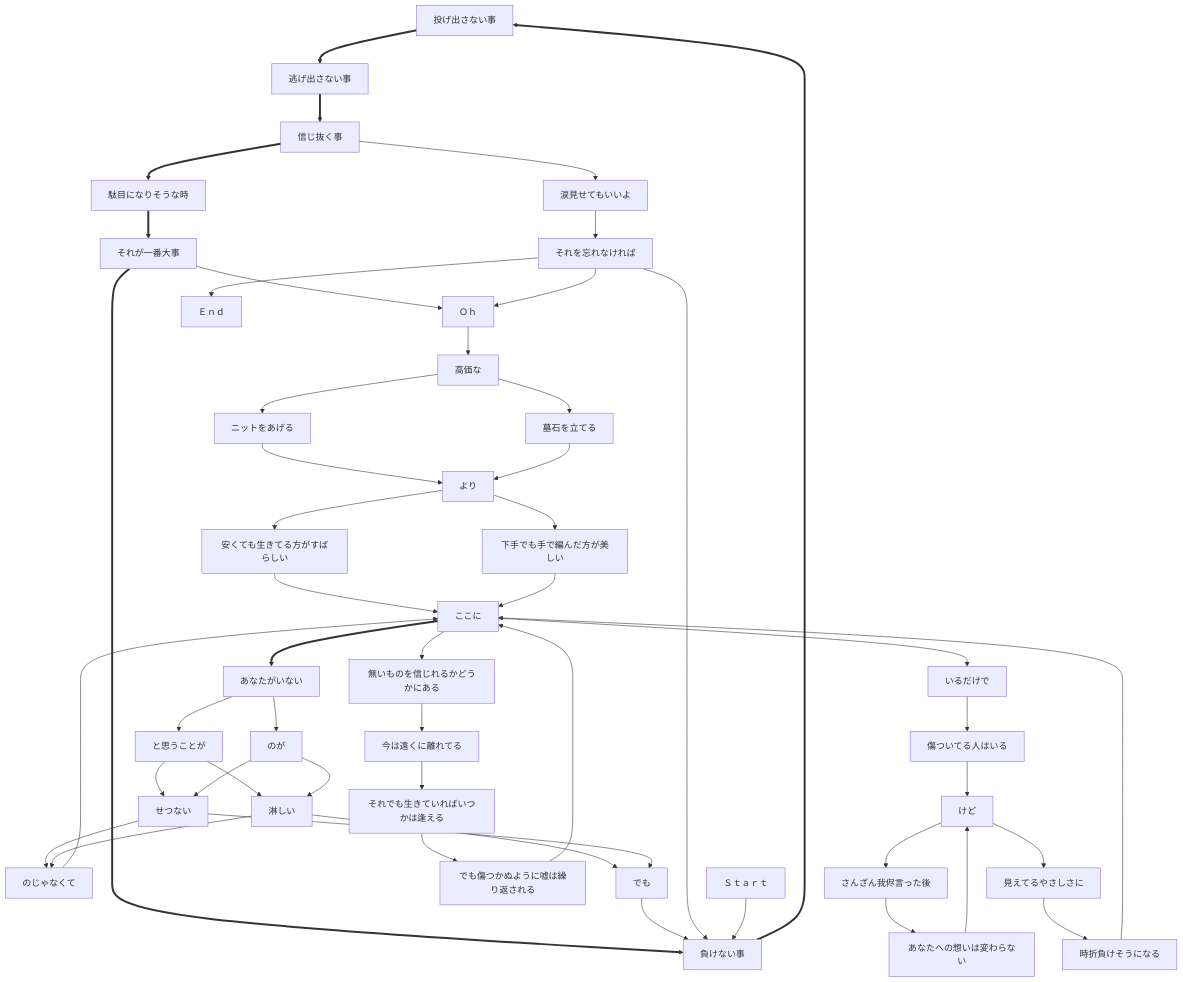
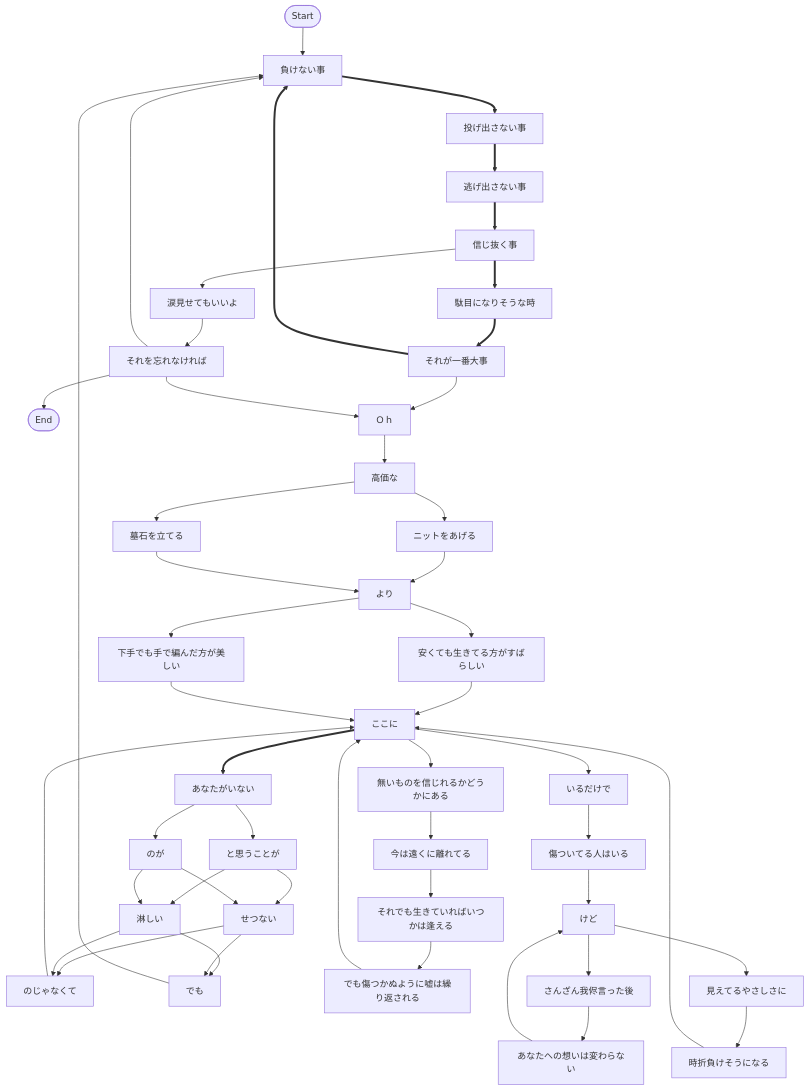
One commit to youkoseki/soregadaiji changed the diagram in soregadaiji.md. Above: the diagram before and after it, drawn with Mermaid.

````diff
--- a/soregadaiji.md
+++ b/soregadaiji.md
@@ -1,52 +1,54 @@
 ```mermaid
   graph TB
+    Start([Start])
+    End([End])
     投げ出さない事 ==> 逃げ出さない事;
     逃げ出さない事 ==> 信じ抜く事;
     負けない事 ==> 投げ出さない事;
     信じ抜く事 ==> 駄目になりそうな時;
     駄目になりそうな時 ==> それが一番大事;
     ここに ==> あなたがいない;
     それが一番大事 ==> 負けない事;
     涙見せてもいいよ --> それを忘れなければ;
     信じ抜く事 --> 涙見せてもいいよ;
     のじゃなくて --> ここに;
     あなたがいない --> のが;
     でも --> 負けない事;
     Ｏｈ --> 高価な;
     あなたがいない --> と思うことが;
     無いものを信じれるかどうかにある --> 今は遠くに離れてる;
-    それを忘れなければ --> Ｅｎｄ;
+    それを忘れなければ --> End;
     それでも生きていればいつかは逢える --> でも傷つかぬように嘘は繰り返される;
     ニットをあげる --> より;
     それが一番大事 --> Ｏｈ;
     と思うことが --> せつない;
     見えてるやさしさに --> 時折負けそうになる;
     高価な --> ニットをあげる;
     それを忘れなければ --> Ｏｈ;
     淋しい --> でも;
     と思うことが --> 淋しい;
     それを忘れなければ --> 負けない事;
     けど --> さんざん我侭言った後;
     より --> 下手でも手で編んだ方が美しい;
     より --> 安くても生きてる方がすばらしい;
     安くても生きてる方がすばらしい --> ここに;
     時折負けそうになる --> ここに;
     傷ついてる人はいる --> けど;
     せつない --> のじゃなくて;
     のが --> せつない;
     あなたへの想いは変わらない --> けど;
     けど --> 見えてるやさしさに;
     下手でも手で編んだ方が美しい --> ここに;
     今は遠くに離れてる --> それでも生きていればいつかは逢える;
     のが --> 淋しい;
     ここに --> 無いものを信じれるかどうかにある;
     高価な --> 墓石を立てる;
-    Ｓｔａｒｔ --> 負けない事;
+    Start --> 負けない事;
     せつない --> でも;
     墓石を立てる --> より;
     ここに --> いるだけで;
     いるだけで --> 傷ついてる人はいる;
     でも傷つかぬように嘘は繰り返される --> ここに;
     淋しい --> のじゃなくて;
     さんざん我侭言った後 --> あなたへの想いは変わらない;
 ```
````
